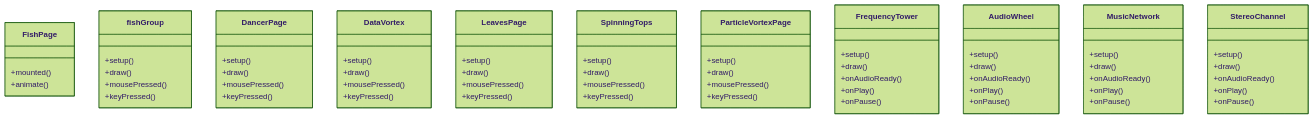
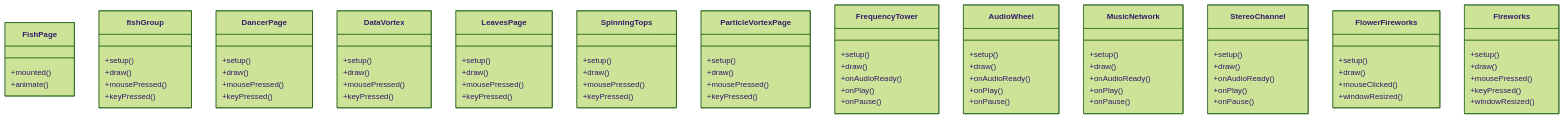
Before and after one commit to yuyezhizhi/yuyezhizhi.github.io: the sixth of 15 diagrams in .qoder/repowiki/zh/content/动画系统/动画系统.md, drawn with Mermaid (forest theme). The commit also changed other lines of this file and 2 other files, not shown here.

````diff
--- a/.qoder/repowiki/zh/content/动画系统/动画系统.md
+++ b/.qoder/repowiki/zh/content/动画系统/动画系统.md
@@ -297,4 +286,17 @@
 +onPlay()
 +onPause()
 }
+class FlowerFireworks {
++setup()
++draw()
++mouseClicked()
++windowResized()
+}
+class Fireworks {
++setup()
++draw()
++mousePressed()
++keyPressed()
++windowResized()
+}
 ```
````
